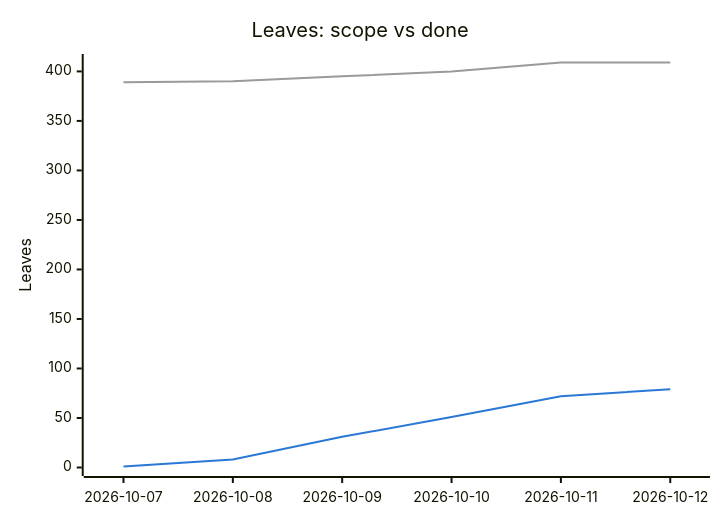
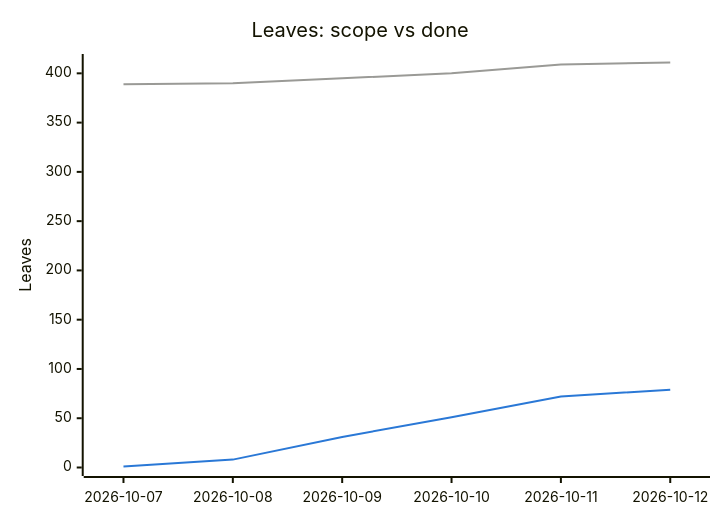
The second of 2 diagrams in PROGRESS.md (tomiok/persiaDB), drawn with Mermaid before and after one commit. The commit also changed other lines of this file and 10 other files, not shown here.

````diff
--- a/PROGRESS.md
+++ b/PROGRESS.md
@@ -107,14 +107,14 @@
 ```mermaid
 ---
 config:
   themeVariables:
     xyChart:
       plotColorPalette: "#9a9a96, #2a78d6"
 ---
 xychart-beta
   title "Leaves: scope vs done"
   x-axis ["2026-10-07", "2026-10-08", "2026-10-09", "2026-10-10", "2026-10-11", "2026-10-12"]
-  y-axis "Leaves" 0 --> 409
-  line [389, 390, 395, 400, 409, 409]
+  y-axis "Leaves" 0 --> 411
+  line [389, 390, 395, 400, 409, 411]
   line [1, 8, 31, 51, 72, 79]
 ```
````
